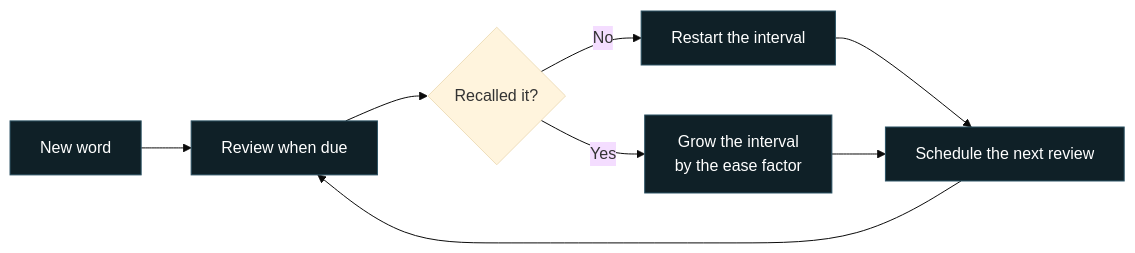
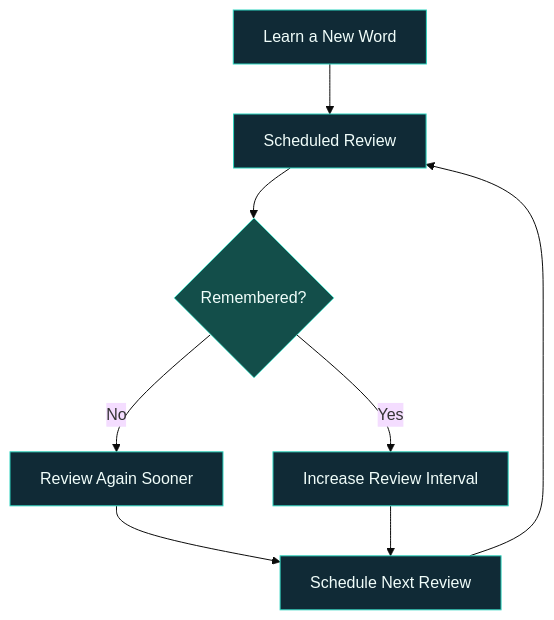
One commit to Talha0708/Talha0708 changed the second of 2 diagrams in README.md. Above: the diagram before and after it, drawn with Mermaid (base theme). The commit also changed other lines of this file, not shown here.

````diff
--- a/README.md
+++ b/README.md
@@ -150,13 +159,17 @@
 ```mermaid
-flowchart LR
-    A["New word"] --> B["Review when due"]
-    B --> C{"Recalled it?"}
-    C -->|"No"| D["Restart the interval"]
-    C -->|"Yes"| E["Grow the interval<br/>by the ease factor"]
-    D --> F["Schedule the next review"]
+flowchart TD
+    A["Learn a New Word"] --> B["Scheduled Review"]
+    B --> C{"Remembered?"}
+    C -->|No| D["Review Again Sooner"]
+    C -->|Yes| E["Increase Review Interval"]
+    D --> F["Schedule Next Review"]
     E --> F
     F --> B
 
-    classDef core fill:#0f2027,stroke:#2c5364,color:#ffffff
-    class A,B,D,E,F core
+    style A fill:#102A36,stroke:#2DD4BF,color:#F0FDFA
+    style B fill:#102A36,stroke:#2DD4BF,color:#F0FDFA
+    style C fill:#134E4A,stroke:#5EEAD4,color:#F0FDFA
+    style D fill:#102A36,stroke:#2DD4BF,color:#F0FDFA
+    style E fill:#102A36,stroke:#2DD4BF,color:#F0FDFA
+    style F fill:#102A36,stroke:#2DD4BF,color:#F0FDFA
 ```
````
